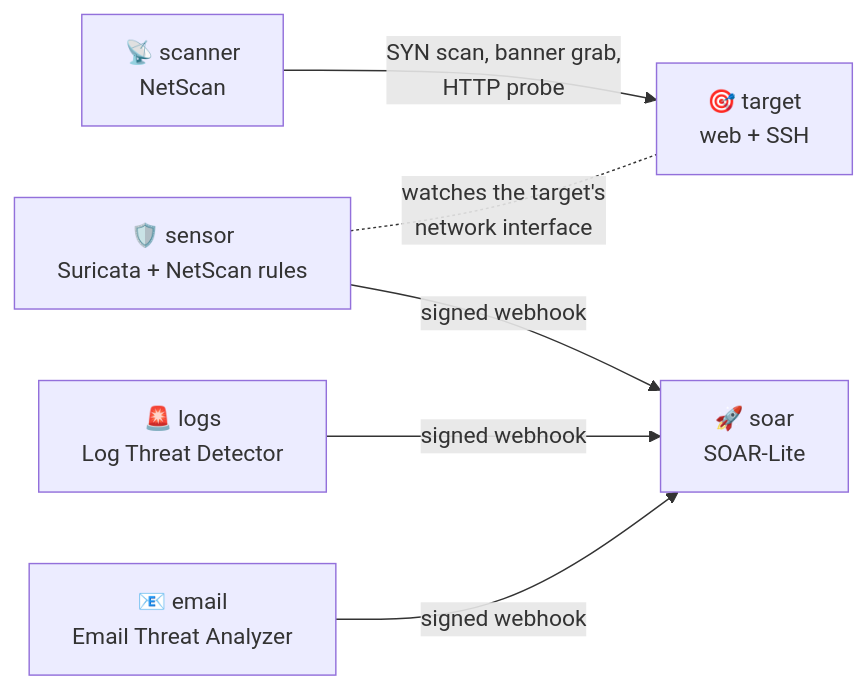
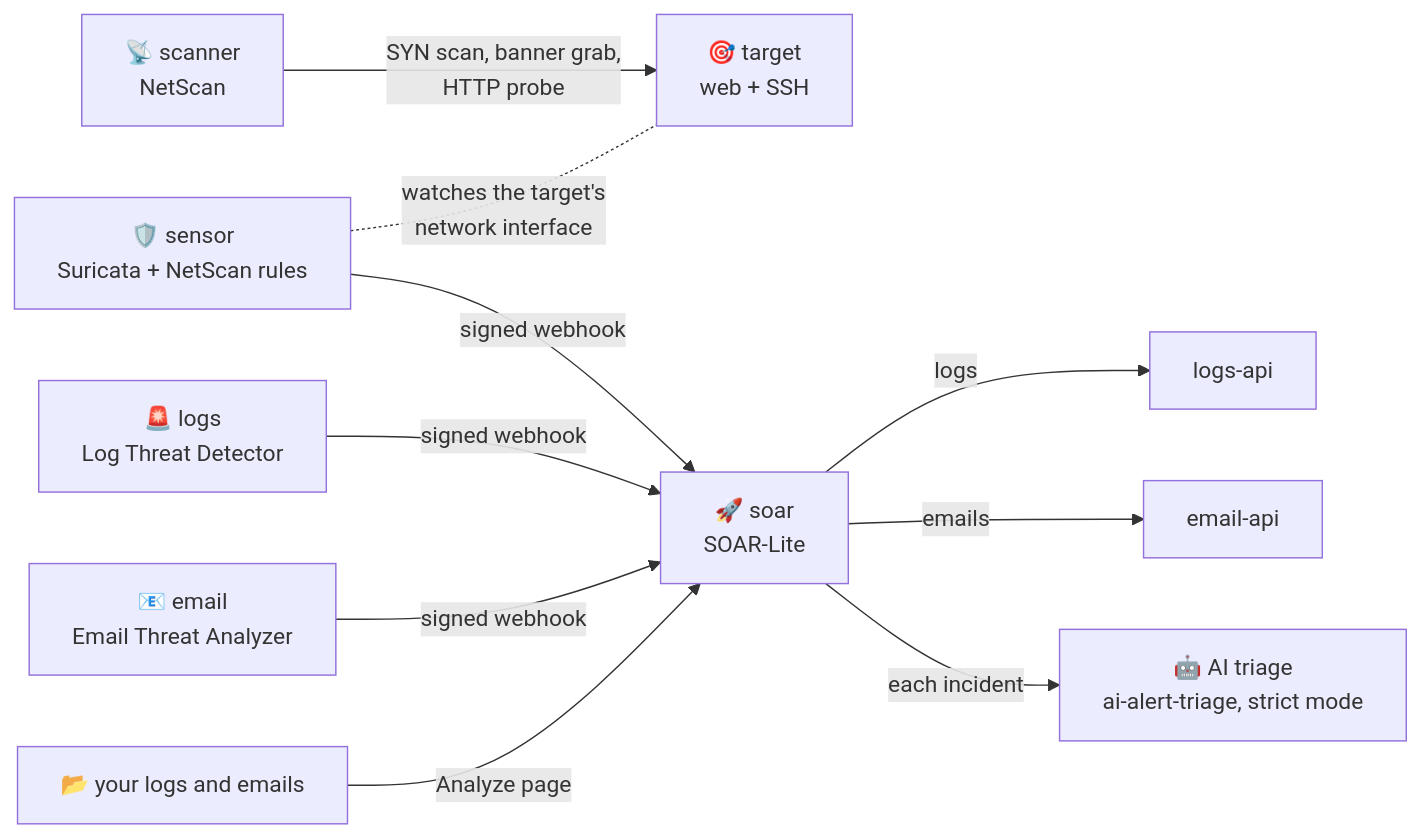
Before and after one commit to AhmedDAH1/soc-lab: the diagram in README.md, drawn with Mermaid. The commit also changed other lines of this file and 4 other files, not shown here.

Commit message:
Analyze your own logs; AI triage of every incident

````diff
--- a/README.md
+++ b/README.md
@@ -16,8 +18,12 @@
 ```mermaid
 flowchart LR
     SC["📡 scanner<br/>NetScan"] -- "SYN scan, banner grab,<br/>HTTP probe" --> T["🎯 target<br/>web + SSH"]
     SE["🛡️ sensor<br/>Suricata + NetScan rules"] -. "watches the target's<br/>network interface" .- T
     SE -- "signed webhook" --> SO["🚀 soar<br/>SOAR-Lite"]
     L["🚨 logs<br/>Log Threat Detector"] -- "signed webhook" --> SO
     E["📧 email<br/>Email Threat Analyzer"] -- "signed webhook" --> SO
+    U["📂 your logs and emails"] -- "Analyze page" --> SO
+    SO -- "logs" --> LA["logs-api"]
+    SO -- "emails" --> EA["email-api"]
+    SO -- "each incident" --> AI["🤖 AI triage<br/>ai-alert-triage, strict mode"]
 ```
````
